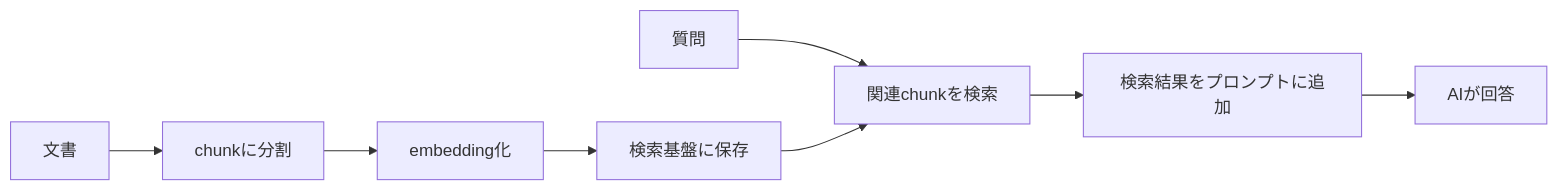
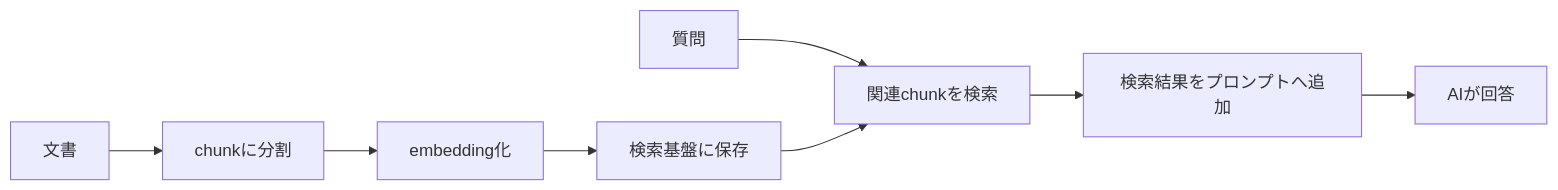
One commit to hayato-app/ai-product-build-lab changed the diagram in docs/article-drafts/beginner-rag-before-vector-db.md. Above: the diagram before and after it, drawn with Mermaid. The commit also changed other lines of this file and 9 other files, not shown here.

````diff
--- a/docs/article-drafts/beginner-rag-before-vector-db.md
+++ b/docs/article-drafts/beginner-rag-before-vector-db.md
@@ -38,10 +44,10 @@
 ```mermaid
 flowchart LR
   Docs["文書"] --> Chunk["chunkに分割"]
   Chunk --> Embed["embedding化"]
-  Embed --> VectorDB["検索基盤に保存"]
+  Embed --> Store["検索基盤に保存"]
   Question["質問"] --> Search["関連chunkを検索"]
-  VectorDB --> Search
-  Search --> Prompt["検索結果をプロンプトに追加"]
+  Store --> Search
+  Search --> Prompt["検索結果をプロンプトへ追加"]
   Prompt --> Answer["AIが回答"]
 ```
````
